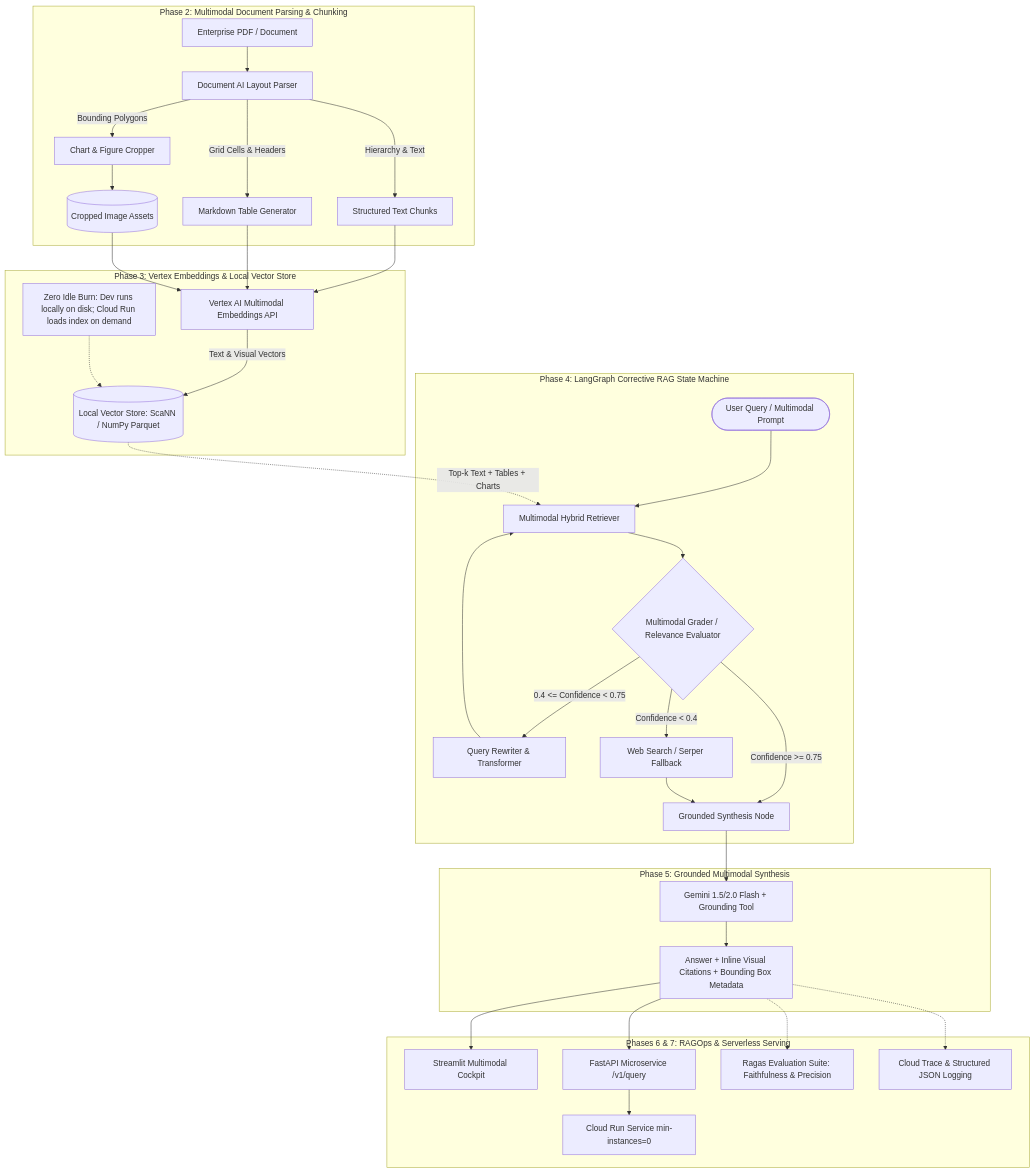
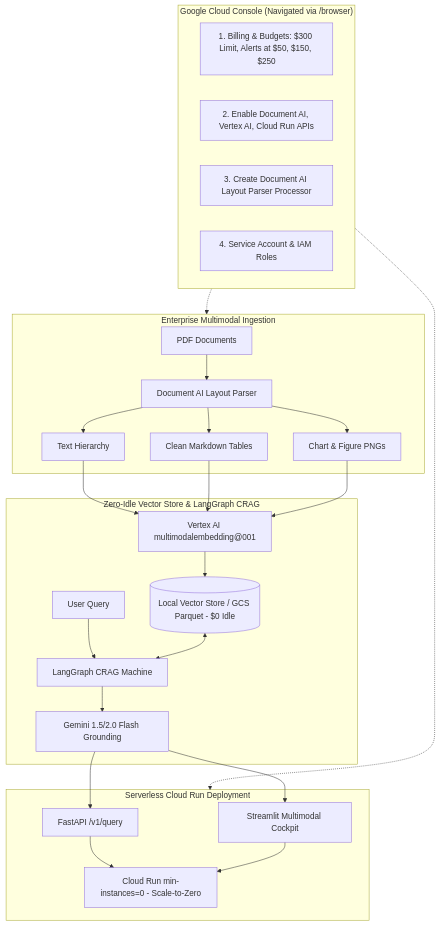
Before and after one commit to CapMorningStar/multimodal-ragops-platform: the diagram in IMPLEMENTATION_PLAN.md, drawn with Mermaid. The commit also changed other lines of this file, not shown here.

Commit message:
docs: update IMPLEMENTATION_PLAN.md with 8-stage browser-assisted GCP roadmap

````diff
--- a/IMPLEMENTATION_PLAN.md
+++ b/IMPLEMENTATION_PLAN.md
@@ -14,44 +16,33 @@
 ```mermaid
 flowchart TD
-    subgraph Ingestion["Phase 2: Multimodal Document Parsing & Chunking"]
-        Doc[Enterprise PDF / Document] --> DocAI[Document AI Layout Parser]
-        DocAI -->|Hierarchy & Text| TextBlocks[Structured Text Chunks]
-        DocAI -->|Grid Cells & Headers| TableMD[Markdown Table Generator]
-        DocAI -->|Bounding Polygons| Cropper[Chart & Figure Cropper]
-        Cropper --> ImageArtifacts[(Cropped Image Assets)]
+    subgraph CloudConsole["Google Cloud Console (Navigated via /browser)"]
+        Billing[1. Billing & Budgets: $300 Limit, Alerts at $50, $150, $250]
+        APIs[2. Enable Document AI, Vertex AI, Cloud Run APIs]
+        DocAIProcessor[3. Create Document AI Layout Parser Processor]
+        IAM[4. Service Account & IAM Roles]
     end
 
-    subgraph EmbeddingStorage["Phase 3: Vertex Embeddings & Local Vector Store"]
-        TextBlocks --> VEmbed[Vertex AI Multimodal Embeddings API]
-        TableMD --> VEmbed
-        ImageArtifacts --> VEmbed
-        VEmbed -->|Text & Visual Vectors| VectorStore[(Local Vector Store: ScaNN / NumPy Parquet)]
-        note1[Zero Idle Burn: Dev runs locally on disk; Cloud Run loads index on demand] -.-> VectorStore
+    subgraph DataPipeline["Enterprise Multimodal Ingestion"]
+        PDF[PDF Documents] --> DocAI[Document AI Layout Parser]
+        DocAI --> TextChunks[Text Hierarchy]
+        DocAI --> TableMD[Clean Markdown Tables]
+        DocAI --> Cropper[Chart & Figure PNGs]
     end
 
-    subgraph CRAG["Phase 4: LangGraph Corrective RAG State Machine"]
-        UserQuery([User Query / Multimodal Prompt]) --> RetNode[Multimodal Hybrid Retriever]
-        VectorStore -.->|Top-k Text + Tables + Charts| RetNode
-        RetNode --> GradeNode{Multimodal Grader / Relevance Evaluator}
-        
-        GradeNode -->|Confidence >= 0.75| SynthNode[Grounded Synthesis Node]
-        GradeNode -->|0.4 <= Confidence < 0.75| RewriteNode[Query Rewriter & Transformer]
-        GradeNode -->|Confidence < 0.4| FallbackNode[Web Search / Serper Fallback]
-        
-        RewriteNode --> RetNode
-        FallbackNode --> SynthNode
+    subgraph VectorAndCRAG["Zero-Idle Vector Store & LangGraph CRAG"]
+        TextChunks & TableMD & Cropper --> VEmbed[Vertex AI multimodalembedding@001]
+        VEmbed --> LocalStore[(Local Vector Store / GCS Parquet - $0 Idle)]
+        UserQuery[User Query] --> CRAGStateGraph[LangGraph CRAG Machine]
+        LocalStore <--> CRAGStateGraph
+        CRAGStateGraph --> GeminiFlash[Gemini 1.5/2.0 Flash Grounding]
     end
 
-    subgraph Synthesis["Phase 5: Grounded Multimodal Synthesis"]
-        SynthNode --> Gemini[Gemini 1.5/2.0 Flash + Grounding Tool]
-        Gemini --> ResponsePayload[Answer + Inline Visual Citations + Bounding Box Metadata]
+    subgraph CloudRunServing["Serverless Cloud Run Deployment"]
+        GeminiFlash --> API[FastAPI /v1/query]
+        GeminiFlash --> UI[Streamlit Multimodal Cockpit]
+        API & UI --> CloudRun[Cloud Run min-instances=0 - Scale-to-Zero]
     end
 
-    subgraph ServingObservability["Phases 6 & 7: RAGOps & Serverless Serving"]
-        ResponsePayload --> StreamlitUI[Streamlit Multimodal Cockpit]
-        ResponsePayload --> FastAPI[FastAPI Microservice /v1/query]
-        FastAPI --> CloudRun[Cloud Run Service min-instances=0]
-        ResponsePayload -.-> RagasHarness[Ragas Evaluation Suite: Faithfulness & Precision]
-        ResponsePayload -.-> CloudTrace[Cloud Trace & Structured JSON Logging]
-    end
+    CloudConsole -.-> DataPipeline
+    CloudConsole -.-> CloudRunServing
 ```
````
